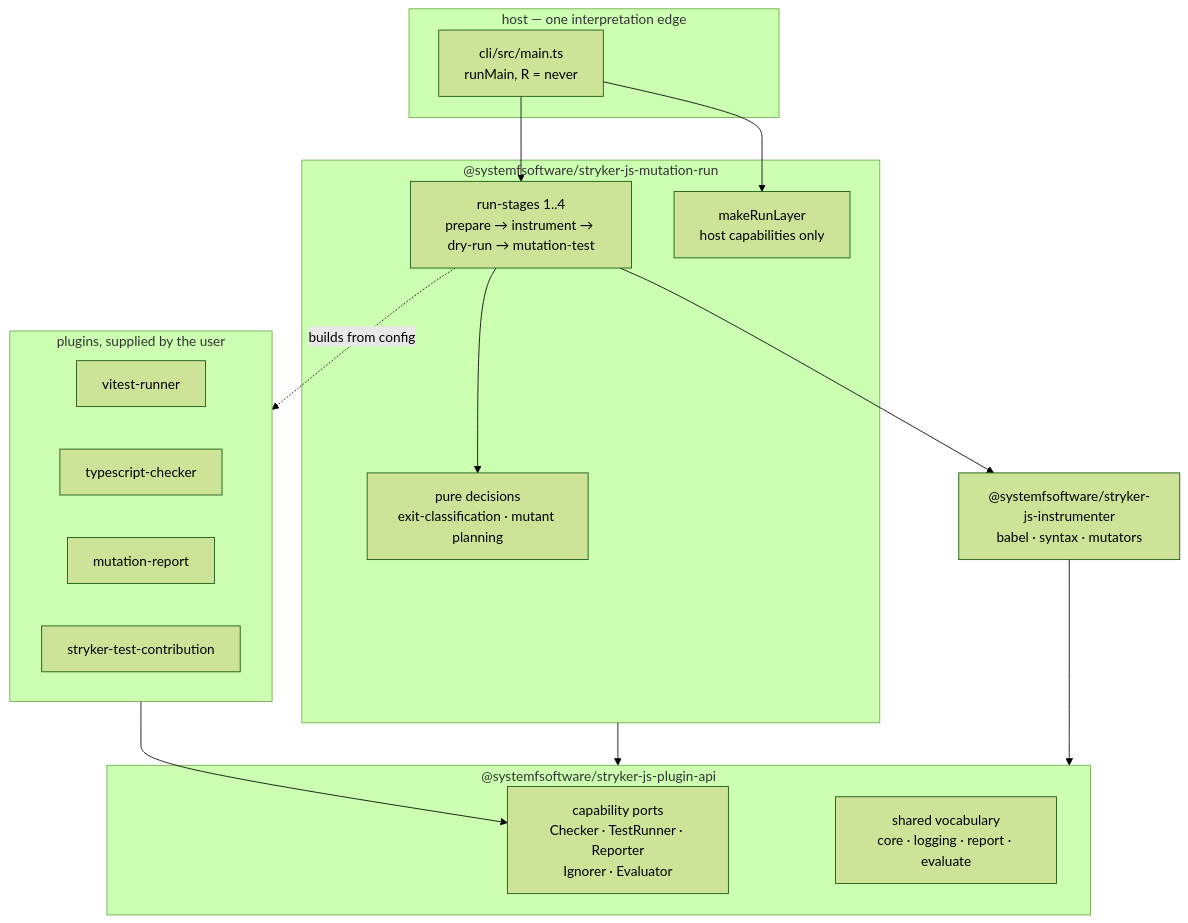
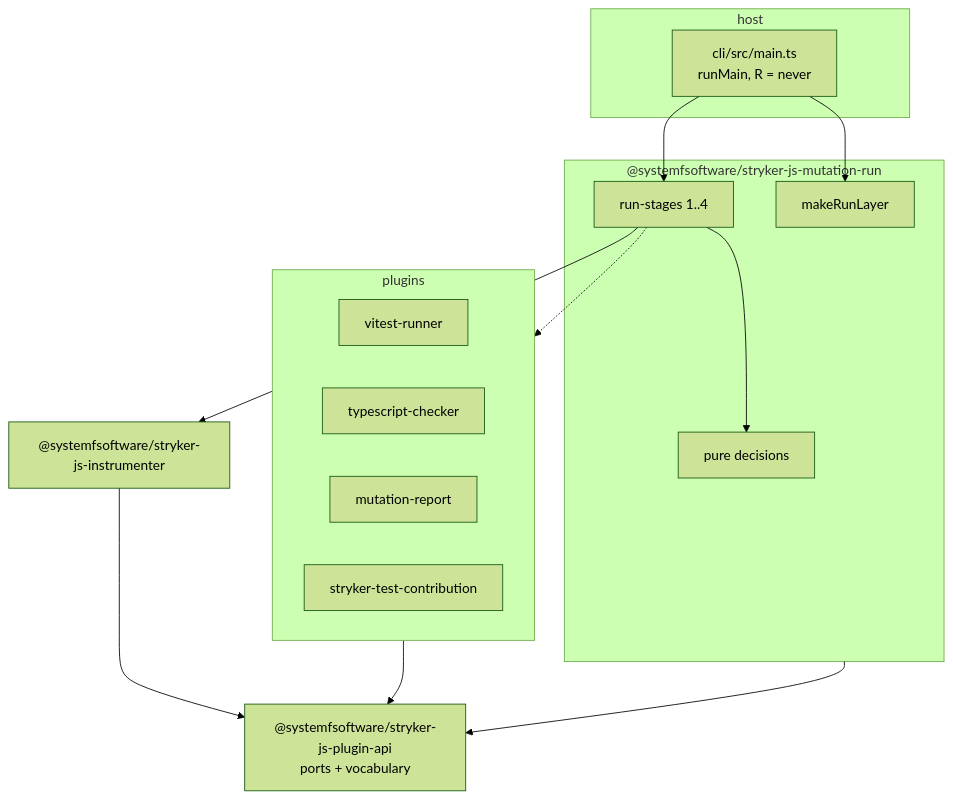
The first of 3 diagrams in docs/audits/stryker-js-architecture-conformance.md (systemfsoftware/systemfsoftware), drawn with Mermaid (forest theme) before and after one commit. The commit also changed other lines of this file, not shown here.

````diff
--- a/docs/audits/stryker-js-architecture-conformance.md
+++ b/docs/audits/stryker-js-architecture-conformance.md
@@ -235,31 +143,26 @@
 ```mermaid
 flowchart TB
-  subgraph host["host — one interpretation edge"]
+  subgraph host["host"]
     main["cli/src/main.ts<br/>runMain, R = never"]
   end
-  subgraph contract["@systemfsoftware/stryker-js-plugin-api"]
-    ports["capability ports<br/>Checker · TestRunner · Reporter<br/>Ignorer · Evaluator"]
-    vocab["shared vocabulary<br/>core · logging · report · evaluate"]
+  contract["@systemfsoftware/stryker-js-plugin-api<br/>ports + vocabulary"]
+  subgraph engine["@systemfsoftware/stryker-js-mutation-run"]
+    stages["run-stages 1..4"]
+    runlayer["makeRunLayer"]
+    pure["pure decisions"]
   end
-  subgraph engine["@systemfsoftware/stryker-js-mutation-run"]
-    stages["run-stages 1..4<br/>prepare → instrument → dry-run → mutation-test"]
-    runlayer["makeRunLayer<br/>host capabilities only"]
-    pure["pure decisions<br/>exit-classification · mutant planning"]
+  subgraph plugins["plugins"]
+    vitest["vitest-runner"]; tsc["typescript-checker"]
+    report["mutation-report"]; gate["stryker-test-contribution"]
   end
-  subgraph plugins["plugins, supplied by the user"]
-    vitest["vitest-runner"]
-    tsc["typescript-checker"]
-    report["mutation-report"]
-    gate["stryker-test-contribution"]
-  end
-  instr["@systemfsoftware/stryker-js-instrumenter<br/>babel · syntax · mutators"]
+  instr["@systemfsoftware/stryker-js-instrumenter"]
 
   main --> stages
   main --> runlayer
   stages --> instr
   stages --> pure
-  stages -.->|"builds from config"| plugins
-  plugins --> ports
+  stages -.-> plugins
+  plugins --> contract
   engine --> contract
   instr --> contract
 ```
````
